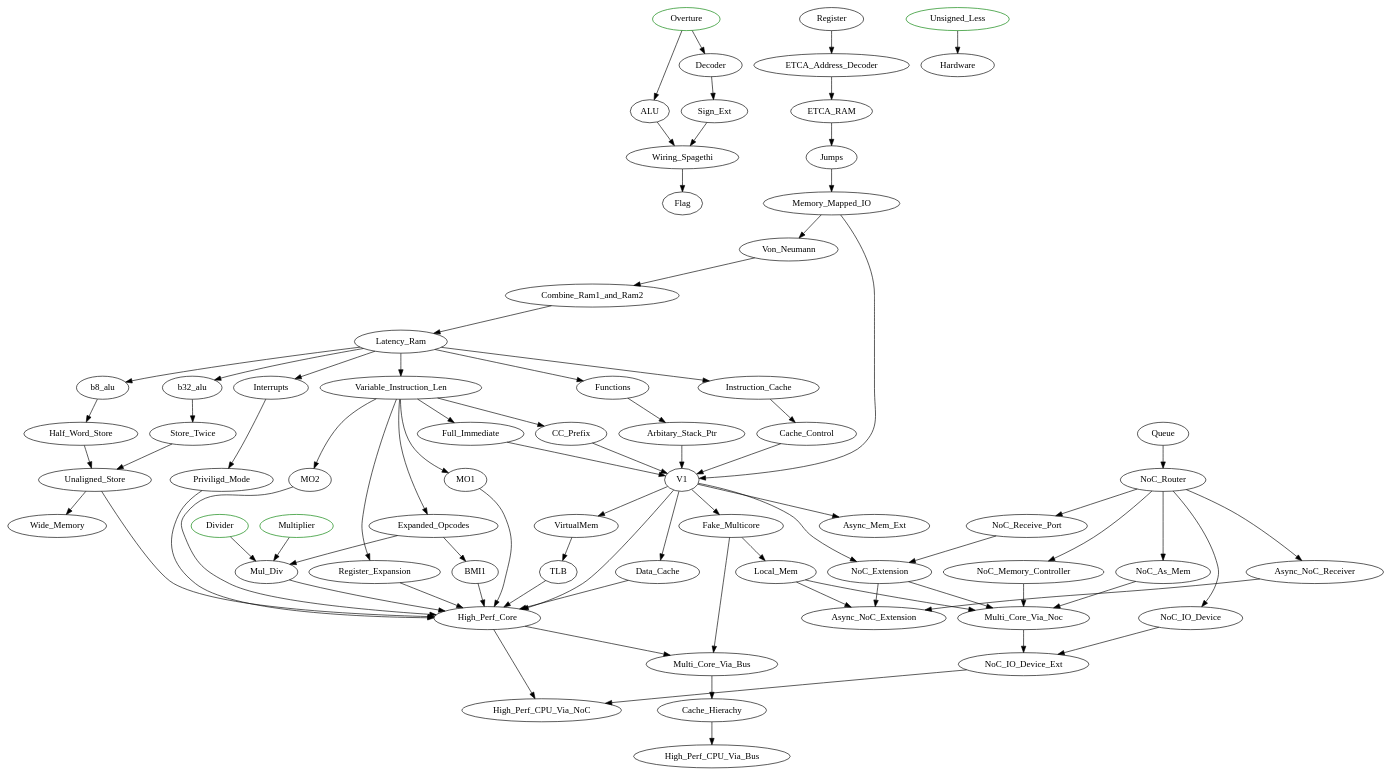
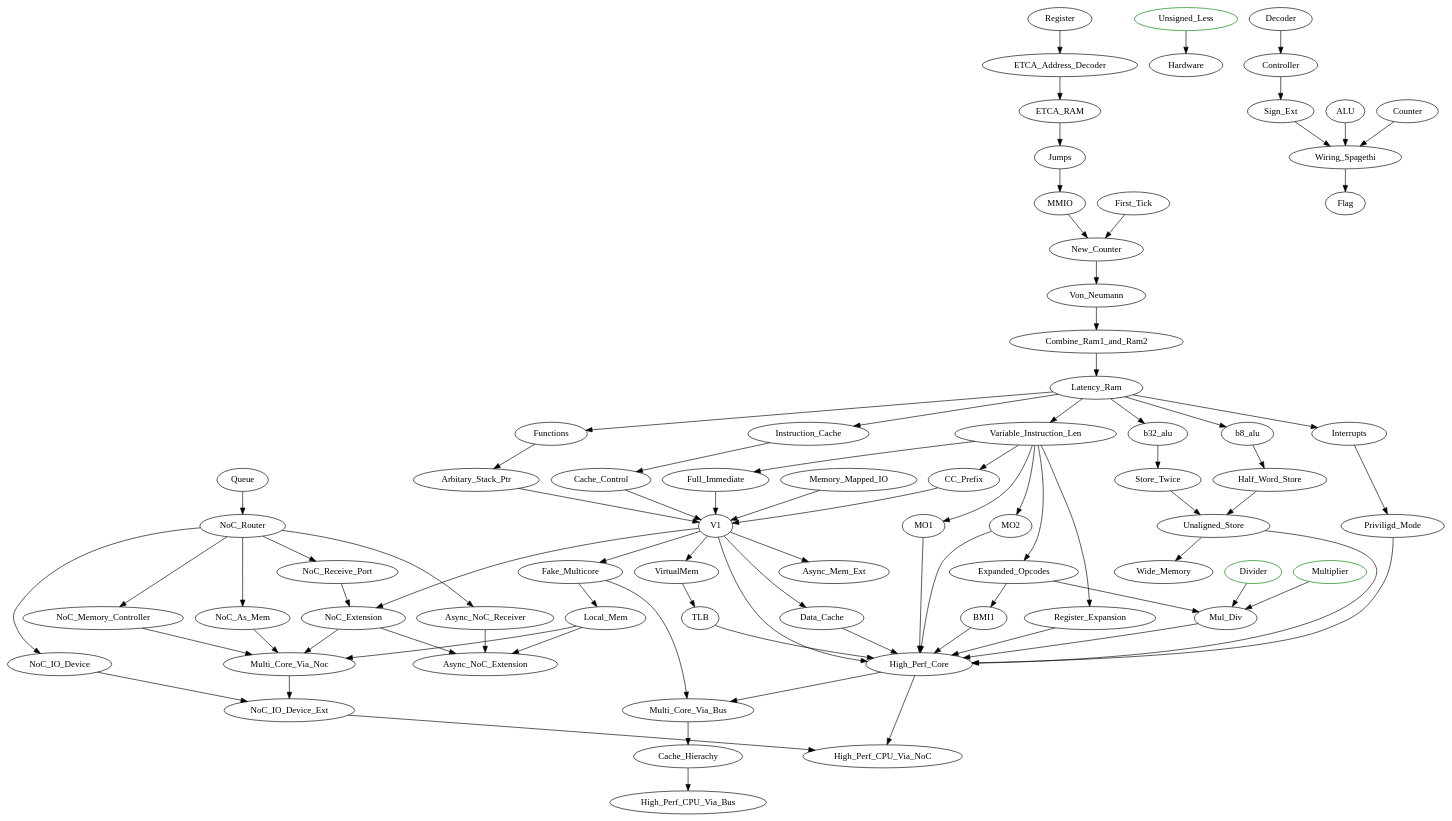
One commit to alex-s168/tc_campaign changed the diagram in TODO.dot. Above: the diagram before and after it, drawn with Graphviz. The commit also changed 8 other files, not shown here.

```diff
--- a/TODO.dot
+++ b/TODO.dot
@@ -1,56 +1,56 @@
 digraph G {
     // from the main game campaign
-    Overture [color="green"]
     Divider [color="green"]
     Multiplier [color="green"]
     Unsigned_Less [color="green"]
 
-    Overture -> ALU, Decoder
-    Decoder -> Sign_Ext
-    ALU, Sign_Ext -> Wiring_Spagethi -> Flag Register -> ETCA_Address_Decoder -> ETCA_RAM -> Jumps -> Memory_Mapped_IO -> Von_Neumann -> Combine_Ram1_and_Ram2 -> Latency_Ram
+    Decoder -> Controller -> Sign_Ext
+    ALU, Sign_Ext, Counter -> Wiring_Spagethi -> Flag Register -> ETCA_Address_Decoder -> ETCA_RAM -> Jumps -> MMIO -> New_Counter
+    First_Tick -> New_Counter
+    New_Counter -> Von_Neumann -> Combine_Ram1_and_Ram2 -> Latency_Ram
 
     Latency_Ram -> Interrupts, Variable_Instruction_Len, Functions, b8_alu, b32_alu, Instruction_Cache
 
     Variable_Instruction_Len -> MO1, MO2, Register_Expansion
 
     Functions -> Arbitary_Stack_Ptr
 
     b8_alu -> Half_Word_Store
     b32_alu -> Store_Twice
 
     Half_Word_Store, Store_Twice -> Unaligned_Store
 
     Variable_Instruction_Len -> Full_Immediate, CC_Prefix, Expanded_Opcodes
     
     Multiplier, Expanded_Opcodes, Divider -> Mul_Div
 
     Expanded_Opcodes -> BMI1
 
     Interrupts -> Priviligd_Mode
 
     Instruction_Cache -> Cache_Control
     Full_Immediate, CC_Prefix, Memory_Mapped_IO, Arbitary_Stack_Ptr, Cache_Control -> V1
     V1 -> Data_Cache -> High_Perf_Core
     V1 -> VirtualMem -> TLB -> High_Perf_Core
     Priviligd_Mode, MO1, MO2, Register_Expansion, V1, BMI1, Mul_Div, Unaligned_Store -> High_Perf_Core
 
     Unaligned_Store -> Wide_Memory
 
     V1 -> Async_Mem_Ext
 
     Unsigned_Less -> Hardware Queue -> NoC_Router -> NoC_Receive_Port, Async_NoC_Receiver, NoC_Memory_Controller
     NoC_Receive_Port, V1 -> NoC_Extension
     V1 -> Fake_Multicore -> Local_Mem
     NoC_Extension, Async_NoC_Receiver, Local_Mem -> Async_NoC_Extension
 
     NoC_Router -> NoC_As_Mem
     NoC_Extension, Local_Mem, NoC_As_Mem, NoC_Memory_Controller -> Multi_Core_Via_Noc
     
     NoC_Router -> NoC_IO_Device
     Multi_Core_Via_Noc, NoC_IO_Device -> NoC_IO_Device_Ext
 
     NoC_IO_Device_Ext, High_Perf_Core -> High_Perf_CPU_Via_NoC
 
     High_Perf_Core -> Multi_Core_Via_Bus -> Cache_Hierachy -> High_Perf_CPU_Via_Bus
     Fake_Multicore -> Multi_Core_Via_Bus
 }
```
